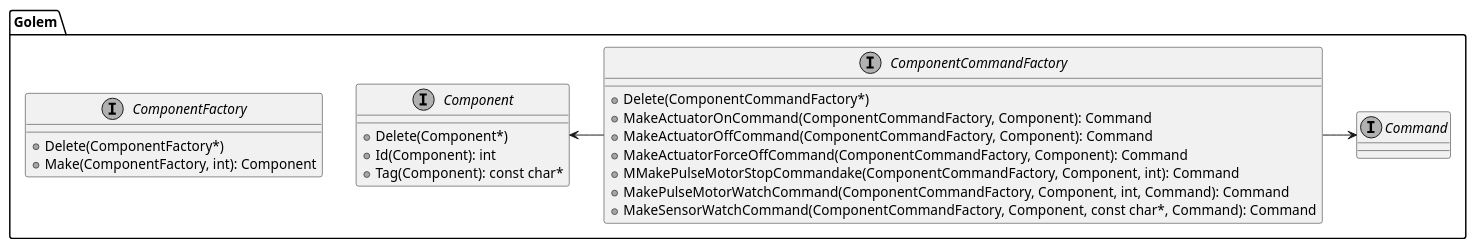
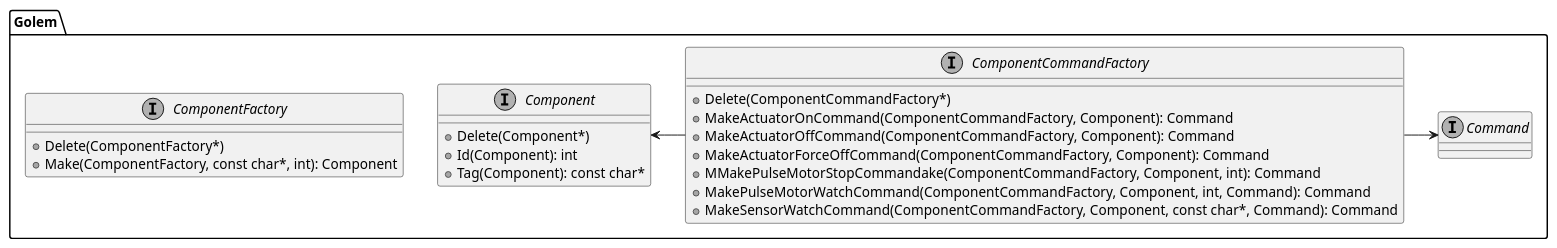
One commit to kokabe2/golem changed the diagram in doc/component_class_diagram.pu. Above: the diagram before and after it, drawn with PlantUML. The commit also changed 1 other file, not shown here.

Commit message:
Updaste component class diagram

```diff
--- a/doc/component_class_diagram.pu
+++ b/doc/component_class_diagram.pu
@@ -1,34 +1,34 @@
 @startuml component_class_diagram
 skinparam {
     defaultFontName Ricty Diminished
     monochrome true
 }
 
 package Golem {
         interface Component {
             + Delete(Component*)
             + Id(Component): int
             + Tag(Component): const char*
         }
 
         interface ComponentFactory {
             + Delete(ComponentFactory*)
-            + Make(ComponentFactory, int): Component
+            + Make(ComponentFactory, const char*, int): Component
         }
 
         interface ComponentCommandFactory {
             + Delete(ComponentCommandFactory*)
             + MakeActuatorOnCommand(ComponentCommandFactory, Component): Command
             + MakeActuatorOffCommand(ComponentCommandFactory, Component): Command
             + MakeActuatorForceOffCommand(ComponentCommandFactory, Component): Command
             + MMakePulseMotorStopCommandake(ComponentCommandFactory, Component, int): Command
             + MakePulseMotorWatchCommand(ComponentCommandFactory, Component, int, Command): Command
             + MakeSensorWatchCommand(ComponentCommandFactory, Component, const char*, Command): Command
         }
 
         interface Command
 
         ComponentCommandFactory -> Command
         ComponentCommandFactory -l-> Component
 }
 @enduml
```
